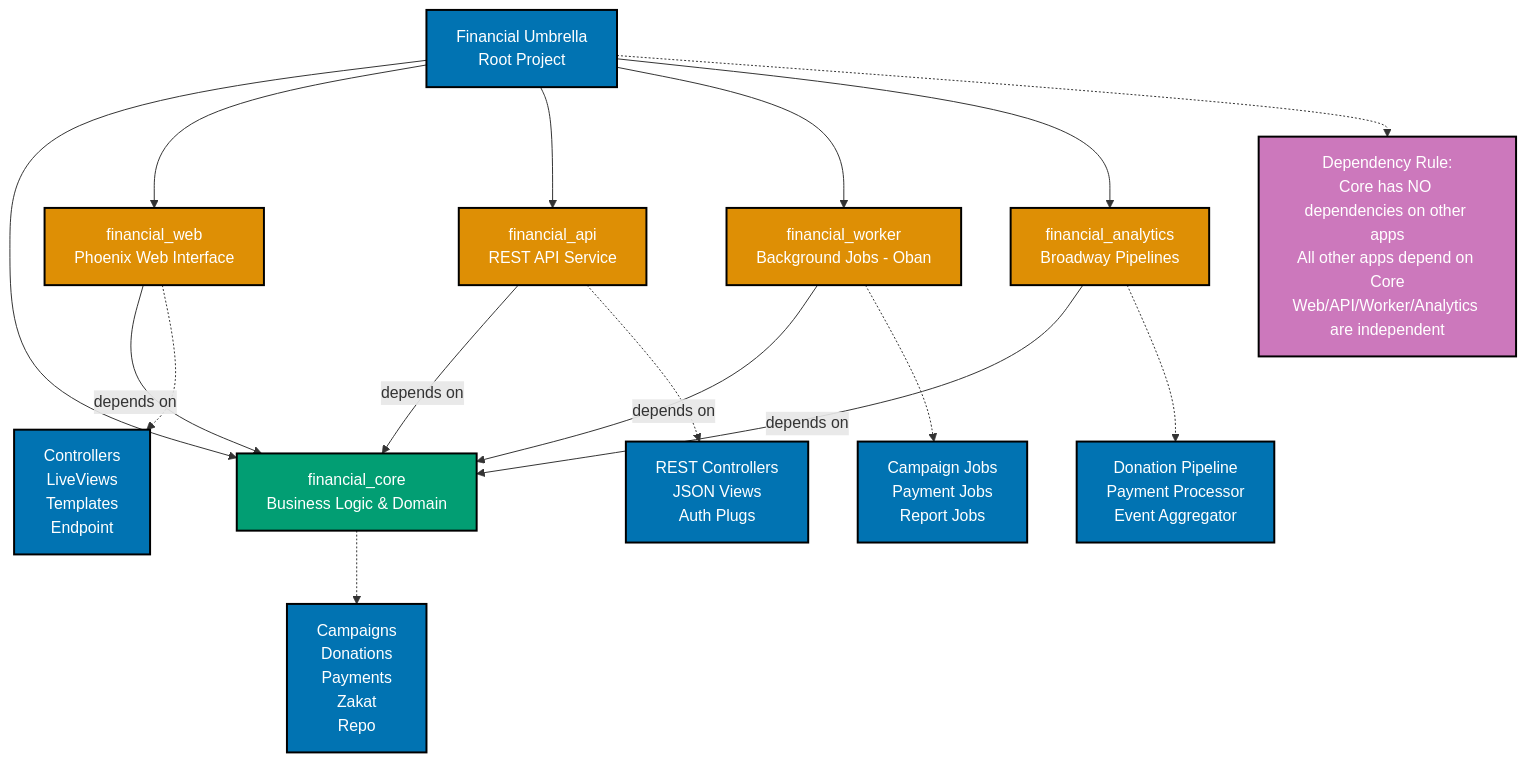
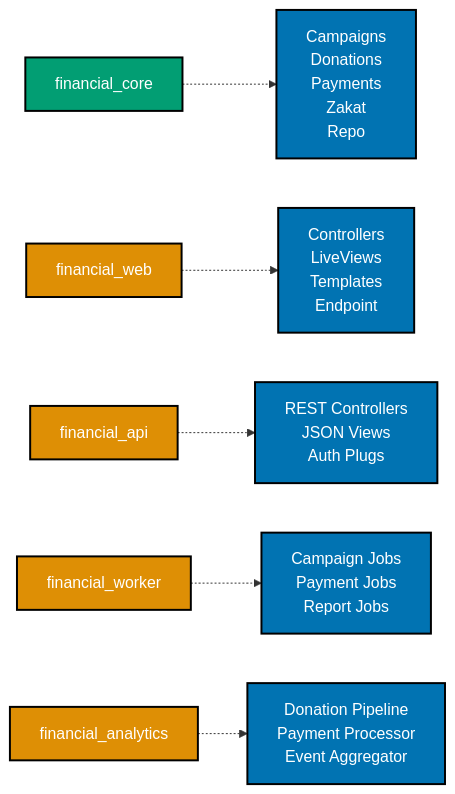
The seventh of 7 diagrams in docs/explanation/software-engineering/programming-languages/elixir/otp-application.md (wahidyankf/open-sharia-enterprise), drawn with Mermaid before and after one commit. The commit also changed other lines of this file and 16 other files, not shown here.

First line of the commit message:
fix(docs): fix mermaid violations in elixir docs

````diff
--- a/docs/explanation/software-engineering/programming-languages/elixir/otp-application.md
+++ b/docs/explanation/software-engineering/programming-languages/elixir/otp-application.md
@@ -516,52 +542,33 @@
 ```mermaid
 %% Color Palette: Blue #0173B2, Orange #DE8F05, Teal #029E73, Purple #CC78BC
 %% All colors are color-blind friendly and meet WCAG AA contrast standards
-graph TD
-    ROOT[Financial Umbrella<br/>Root Project]
-
-    CORE[financial_core<br/>Business Logic & Domain]
-    WEB[financial_web<br/>Phoenix Web Interface]
-    API[financial_api<br/>REST API Service]
-    WORKER[financial_worker<br/>Background Jobs - Oban]
-    ANALYTICS[financial_analytics<br/>Broadway Pipelines]
-
-    ROOT --> CORE
-    ROOT --> WEB
-    ROOT --> API
-    ROOT --> WORKER
-    ROOT --> ANALYTICS
-
-    WEB -->|depends on| CORE
-    API -->|depends on| CORE
-    WORKER -->|depends on| CORE
-    ANALYTICS -->|depends on| CORE
+graph LR
+    CORE[financial_core]
+    WEB[financial_web]
+    API[financial_api]
+    WORKER[financial_worker]
+    ANALYTICS[financial_analytics]
 
     CORE_MODULES[Campaigns<br/>Donations<br/>Payments<br/>Zakat<br/>Repo]
     WEB_MODULES[Controllers<br/>LiveViews<br/>Templates<br/>Endpoint]
     API_MODULES[REST Controllers<br/>JSON Views<br/>Auth Plugs]
     WORKER_MODULES[Campaign Jobs<br/>Payment Jobs<br/>Report Jobs]
     ANALYTICS_MODULES[Donation Pipeline<br/>Payment Processor<br/>Event Aggregator]
 
     CORE -.-> CORE_MODULES
     WEB -.-> WEB_MODULES
     API -.-> API_MODULES
     WORKER -.-> WORKER_MODULES
     ANALYTICS -.-> ANALYTICS_MODULES
 
-    Note1[Dependency Rule:<br/>Core has NO dependencies on other apps<br/>All other apps depend on Core<br/>Web/API/Worker/Analytics are independent]
-
-    ROOT -.-> Note1
-
-    style ROOT fill:#0173B2,stroke:#000000,color:#FFFFFF,stroke-width:2px
     style CORE fill:#029E73,stroke:#000000,color:#FFFFFF,stroke-width:2px
     style WEB fill:#DE8F05,stroke:#000000,color:#FFFFFF,stroke-width:2px
     style API fill:#DE8F05,stroke:#000000,color:#FFFFFF,stroke-width:2px
     style WORKER fill:#DE8F05,stroke:#000000,color:#FFFFFF,stroke-width:2px
     style ANALYTICS fill:#DE8F05,stroke:#000000,color:#FFFFFF,stroke-width:2px
     style CORE_MODULES fill:#0173B2,stroke:#000000,color:#FFFFFF,stroke-width:2px
     style WEB_MODULES fill:#0173B2,stroke:#000000,color:#FFFFFF,stroke-width:2px
     style API_MODULES fill:#0173B2,stroke:#000000,color:#FFFFFF,stroke-width:2px
     style WORKER_MODULES fill:#0173B2,stroke:#000000,color:#FFFFFF,stroke-width:2px
     style ANALYTICS_MODULES fill:#0173B2,stroke:#000000,color:#FFFFFF,stroke-width:2px
-    style Note1 fill:#CC78BC,stroke:#000000,color:#FFFFFF,stroke-width:2px
 ```
````
